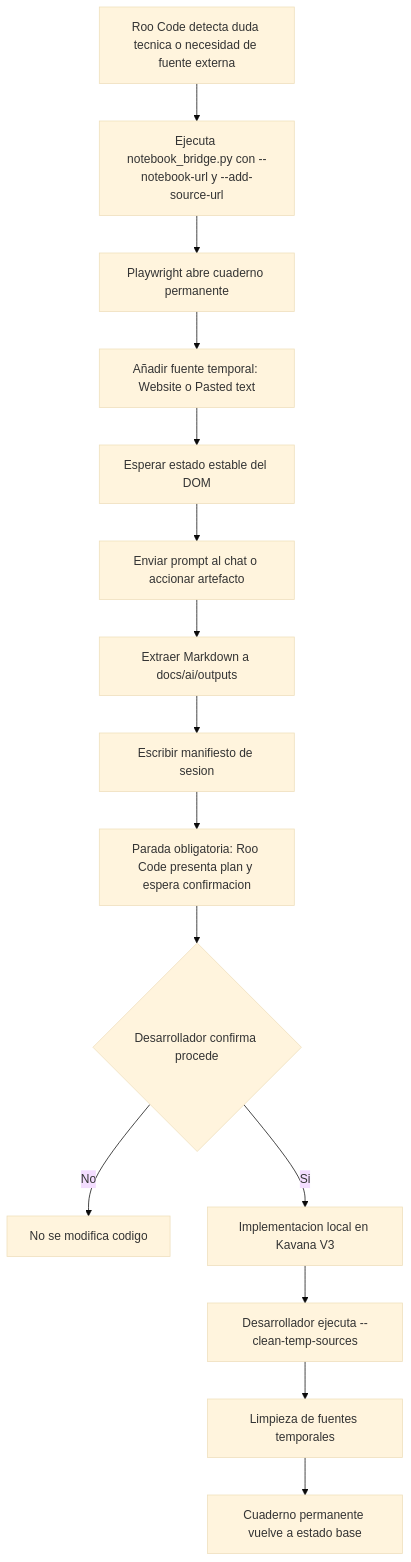
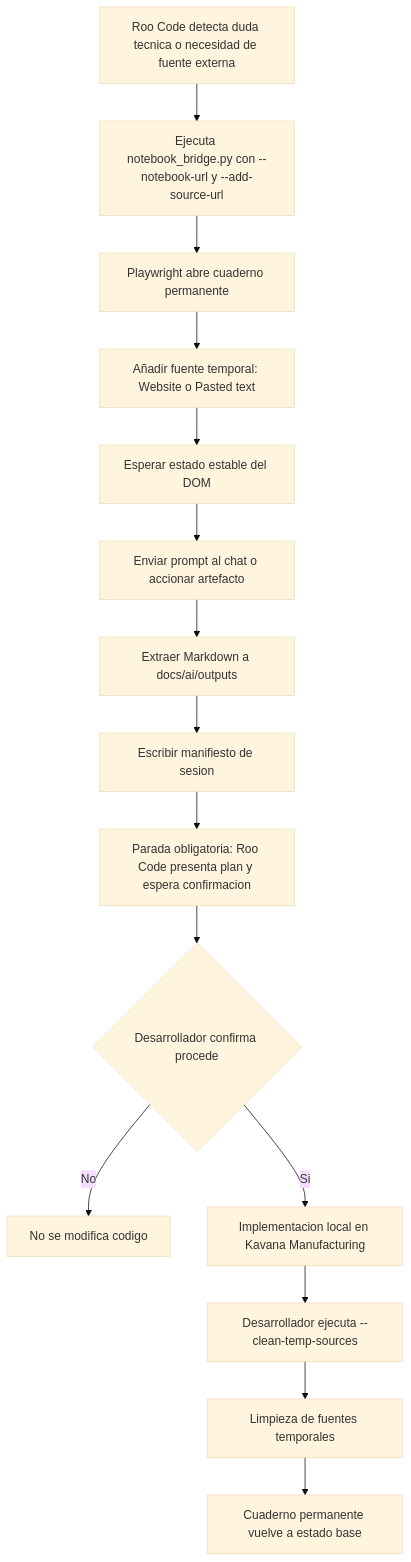
One commit to kavanasystemsinfo-ui/kavana-systems-v3 changed the diagram in plans/notebooklm_bridge_v3_plan.md. Above: the diagram before and after it, drawn with Mermaid (base theme). The commit also changed 131 other files, not shown here.

````diff
--- a/plans/notebooklm_bridge_v3_plan.md
+++ b/plans/notebooklm_bridge_v3_plan.md
@@ -33,17 +33,17 @@
 ```mermaid
 flowchart TD
     A[Roo Code detecta duda tecnica o necesidad de fuente externa] --> B[Ejecuta notebook_bridge.py con --notebook-url y --add-source-url]
     B --> C[Playwright abre cuaderno permanente]
     C --> D[Añadir fuente temporal: Website o Pasted text]
     D --> E[Esperar estado estable del DOM]
     E --> F[Enviar prompt al chat o accionar artefacto]
     F --> G[Extraer Markdown a docs/ai/outputs]
     G --> H[Escribir manifiesto de sesion]
     H --> I[Parada obligatoria: Roo Code presenta plan y espera confirmacion]
     I --> J{Desarrollador confirma procede}
     J -->|No| K[No se modifica codigo]
-    J -->|Si| L[Implementacion local en Kavana V3]
+    J -->|Si| L[Implementacion local en Kavana Manufacturing]
     L --> M[Desarrollador ejecuta --clean-temp-sources]
     M --> N[Limpieza de fuentes temporales]
     N --> O[Cuaderno permanente vuelve a estado base]
 ```
````
